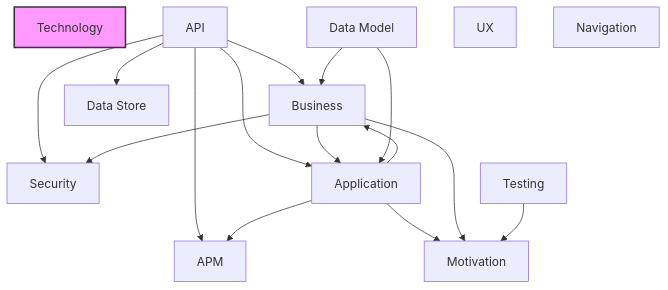
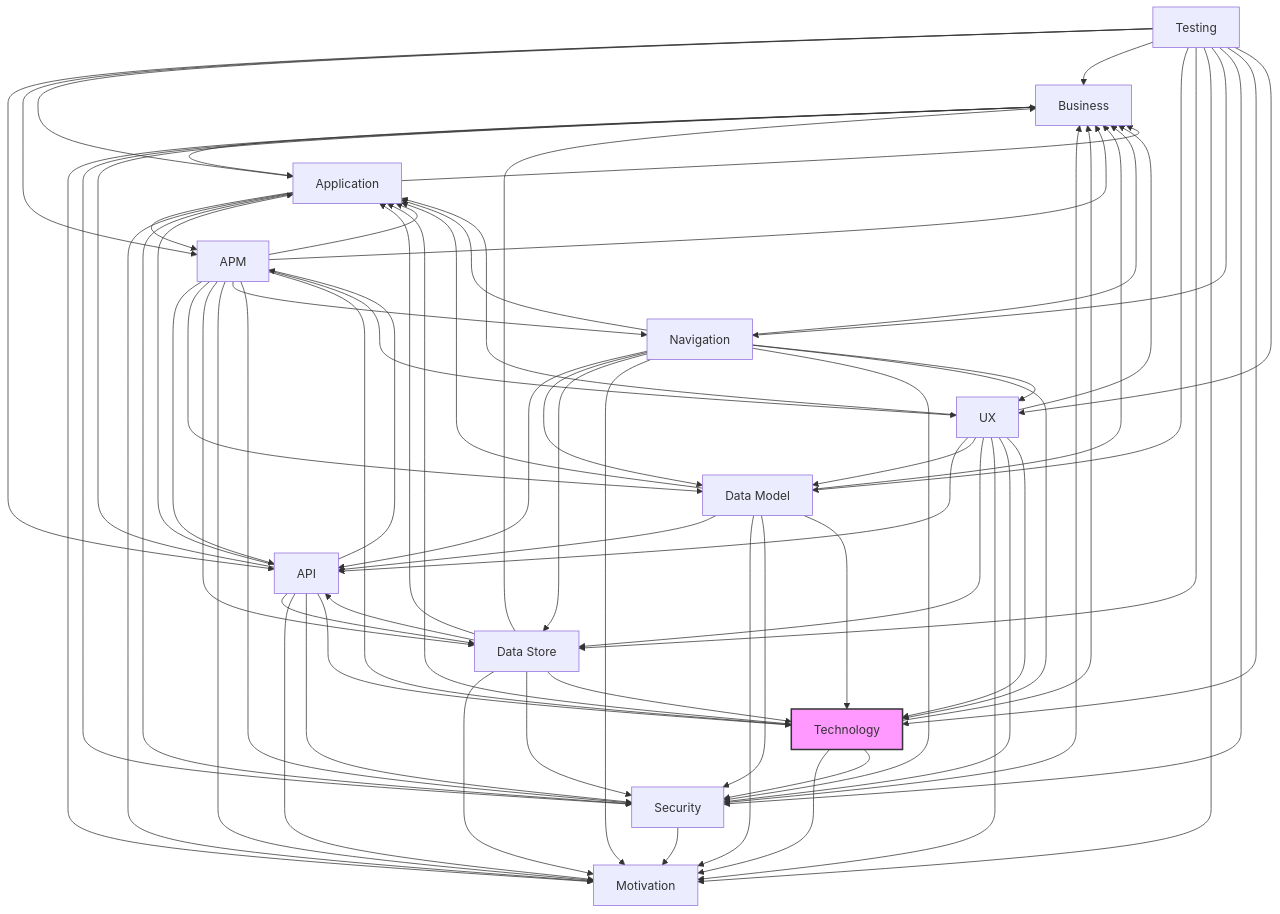
Before and after one commit to tinkermonkey/documentation_robotics: the second of 2 diagrams in spec/browser/05-technology-layer-report.md, drawn with Mermaid. The commit also changed other lines of this file and 36 other files, not shown here.

First line of the commit message:
Rebuild spec/dist, bundled schemas, and layer reports after relationship additions

````diff
--- a/spec/browser/05-technology-layer-report.md
+++ b/spec/browser/05-technology-layer-report.md
@@ -171,15 +171,71 @@
   api --> application
   api --> business
   api --> data_store
+  api --> motivation
   api --> security
+  api --> technology
+  apm --> api
+  apm --> application
+  apm --> business
+  apm --> data_model
+  apm --> data_store
+  apm --> motivation
+  apm --> navigation
+  apm --> security
+  apm --> technology
+  apm --> ux
   application --> apm
   application --> business
   application --> motivation
+  application --> security
   business --> application
   business --> motivation
   business --> security
+  data_model --> api
   data_model --> application
   data_model --> business
+  data_model --> motivation
+  data_model --> security
+  data_model --> technology
+  data_store --> api
+  data_store --> application
+  data_store --> business
+  data_store --> motivation
+  data_store --> security
+  data_store --> technology
+  navigation --> api
+  navigation --> application
+  navigation --> business
+  navigation --> data_model
+  navigation --> data_store
+  navigation --> motivation
+  navigation --> security
+  navigation --> technology
+  navigation --> ux
+  security --> business
+  security --> motivation
+  technology --> application
+  technology --> business
+  technology --> motivation
+  technology --> security
+  testing --> api
+  testing --> apm
+  testing --> application
+  testing --> business
+  testing --> data_model
+  testing --> data_store
   testing --> motivation
+  testing --> navigation
+  testing --> security
+  testing --> technology
+  testing --> ux
+  ux --> api
+  ux --> application
+  ux --> business
+  ux --> data_model
+  ux --> data_store
+  ux --> motivation
+  ux --> security
+  ux --> technology
   class technology current
 ```
````
